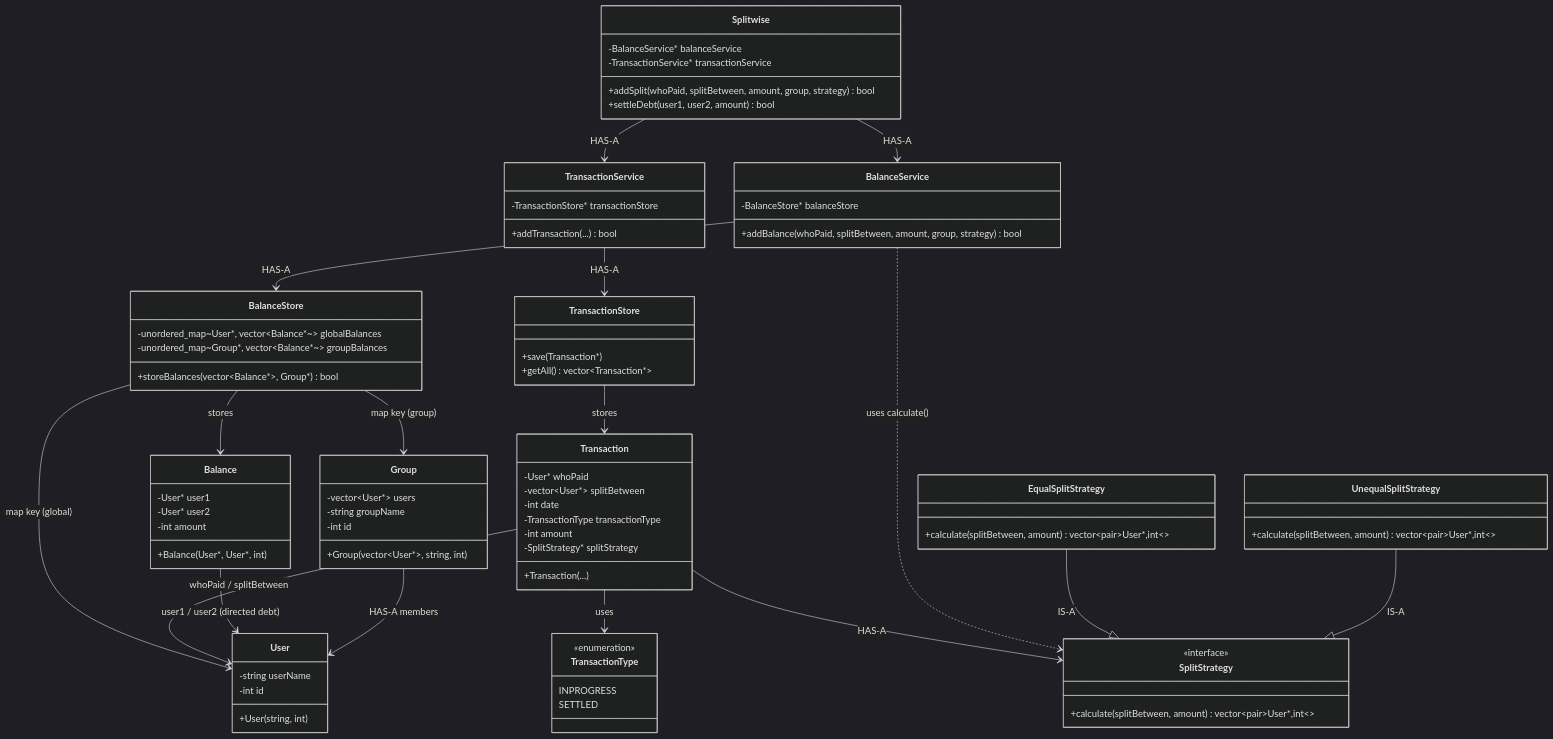
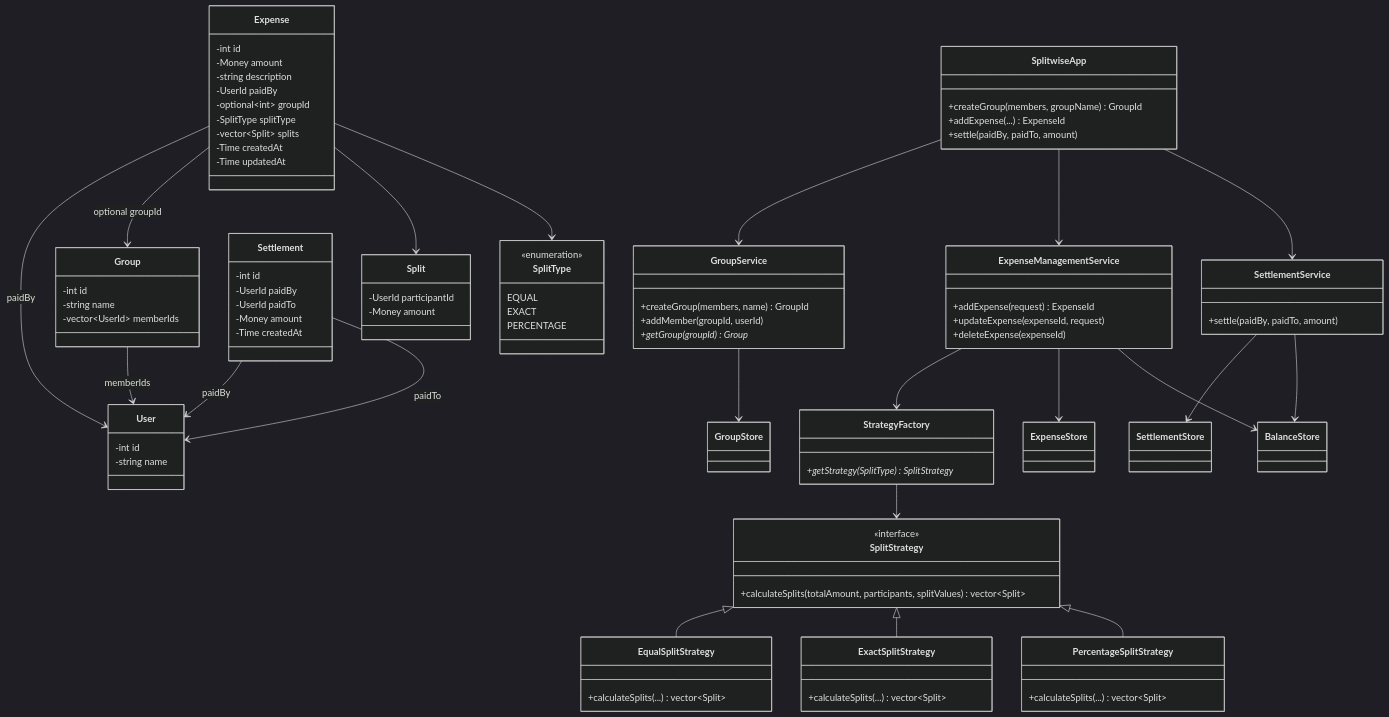
One commit to Sahilbatra1211/LLD changed the diagram in Questions/Splitwise/Readme.md. Above: the diagram before and after it, drawn with Mermaid (dark theme). The commit also changed other lines of this file, not shown here.

````diff
--- a/Questions/Splitwise/Readme.md
+++ b/Questions/Splitwise/Readme.md
@@ -56,96 +129,114 @@
 ```mermaid
 classDiagram
-    class Splitwise {
-        -BalanceService* balanceService
-        -TransactionService* transactionService
-        +addSplit(whoPaid, splitBetween, amount, group, strategy) bool
-        +settleDebt(user1, user2, amount) bool
-    }
-
-    class TransactionService {
-        -TransactionStore* transactionStore
-        +addTransaction(...) bool
-    }
-
-    class BalanceService {
-        -BalanceStore* balanceStore
-        +addBalance(whoPaid, splitBetween, amount, group, strategy) bool
-    }
-
-    class TransactionStore {
-        +save(Transaction*)
-        +getAll() vector~Transaction*~
-    }
-
-    class BalanceStore {
-        -unordered_map~User*, vector~Balance*~~ globalBalances
-        -unordered_map~Group*, vector~Balance*~~ groupBalances
-        +storeBalances(vector~Balance*~, Group*) bool
-    }
-
     class User {
-        -string userName
         -int id
-        +User(string, int)
+        -string name
     }
 
     class Group {
-        -vector~User*~ users
-        -string groupName
         -int id
-        +Group(vector~User*~, string, int)
+        -string name
+        -vector~UserId~ memberIds
     }
 
-    class Transaction {
-        -User* whoPaid
-        -vector~User*~ splitBetween
-        -int date
-        -TransactionType transactionType
-        -int amount
-        -SplitStrategy* splitStrategy
-        +Transaction(...)
+    class Split {
+        -UserId participantId
+        -Money amount
     }
 
-    class Balance {
-        -User* user1
-        -User* user2
-        -int amount
-        +Balance(User*, User*, int)
+    class Expense {
+        -int id
+        -Money amount
+        -string description
+        -UserId paidBy
+        -optional~int~ groupId
+        -SplitType splitType
+        -vector~Split~ splits
+        -Time createdAt
+        -Time updatedAt
     }
 
-    class TransactionType {
+    class Settlement {
+        -int id
+        -UserId paidBy
+        -UserId paidTo
+        -Money amount
+        -Time createdAt
+    }
+
+    class SplitType {
         <<enumeration>>
-        INPROGRESS
-        SETTLED
+        EQUAL
+        EXACT
+        PERCENTAGE
+    }
+
+    class SplitwiseApp {
+        +createGroup(members, groupName) GroupId
+        +addExpense(...) ExpenseId
+        +settle(paidBy, paidTo, amount)
+    }
+
+    class GroupService {
+        +createGroup(members, name) GroupId
+        +addMember(groupId, userId)
+        +getGroup(groupId) Group*
+    }
+
+    class ExpenseManagementService {
+        +addExpense(request) ExpenseId
+        +updateExpense(expenseId, request)
+        +deleteExpense(expenseId)
+    }
+
+    class SettlementService {
+        +settle(paidBy, paidTo, amount)
+    }
+
+    class StrategyFactory {
+        +getStrategy(SplitType) SplitStrategy*
     }
 
     class SplitStrategy {
         <<interface>>
-        +calculate(splitBetween, amount) vector~pair~User*,int~~
+        +calculateSplits(totalAmount, participants, splitValues) vector~Split~
     }
 
     class EqualSplitStrategy {
-        +calculate(splitBetween, amount) vector~pair~User*,int~~
+        +calculateSplits(...) vector~Split~
     }
 
-    class UnequalSplitStrategy {
-        +calculate(splitBetween, amount) vector~pair~User*,int~~
+    class ExactSplitStrategy {
+        +calculateSplits(...) vector~Split~
     }
 
-    Splitwise --> TransactionService : HAS-A
-    Splitwise --> BalanceService : HAS-A
-    TransactionService --> TransactionStore : HAS-A
-    BalanceService --> BalanceStore : HAS-A
-    TransactionStore --> Transaction : stores
-    BalanceStore --> Balance : stores
-    BalanceStore --> User : map key (global)
-    BalanceStore --> Group : map key (group)
-    Transaction --> User : whoPaid / splitBetween
-    Transaction --> TransactionType : uses
-    Transaction --> SplitStrategy : HAS-A
-    Balance --> User : user1 / user2 (directed debt)
-    Group --> User : HAS-A members
-    BalanceService ..> SplitStrategy : uses calculate()
-    EqualSplitStrategy --|> SplitStrategy : IS-A
-    UnequalSplitStrategy --|> SplitStrategy : IS-A
+    class PercentageSplitStrategy {
+        +calculateSplits(...) vector~Split~
+    }
+
+    class GroupStore
+    class ExpenseStore
+    class SettlementStore
+    class BalanceStore
+
+    Group --> User : memberIds
+    Expense --> User : paidBy
+    Expense --> Group : optional groupId
+    Expense --> Split
+    Expense --> SplitType
+    Settlement --> User : paidBy
+    Settlement --> User : paidTo
+    SplitwiseApp --> GroupService
+    SplitwiseApp --> ExpenseManagementService
+    SplitwiseApp --> SettlementService
+    GroupService --> GroupStore
+    ExpenseManagementService --> StrategyFactory
+    ExpenseManagementService --> ExpenseStore
+    ExpenseManagementService --> BalanceStore
+    SettlementService --> SettlementStore
+    SettlementService --> BalanceStore
+    StrategyFactory --> SplitStrategy
+    SplitStrategy <|-- EqualSplitStrategy
+    SplitStrategy <|-- ExactSplitStrategy
+    SplitStrategy <|-- PercentageSplitStrategy
 ```
````
